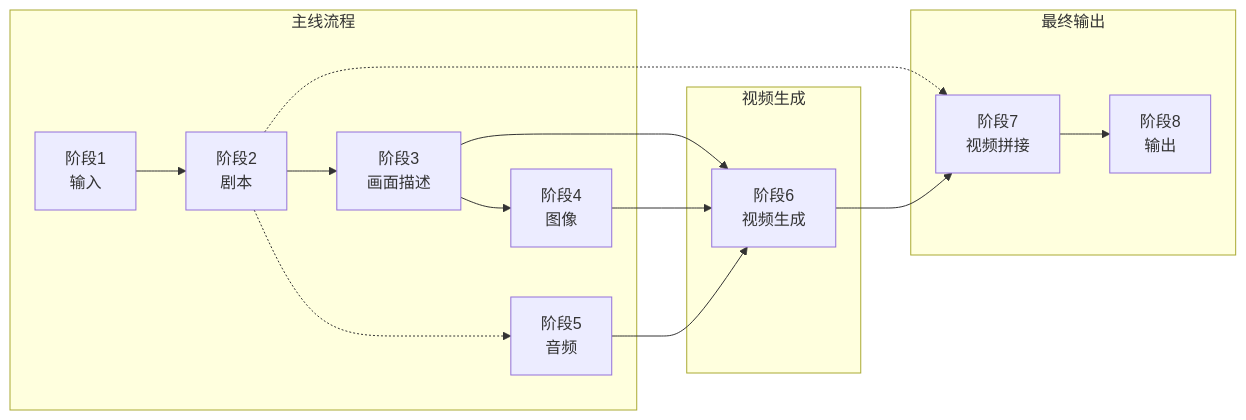
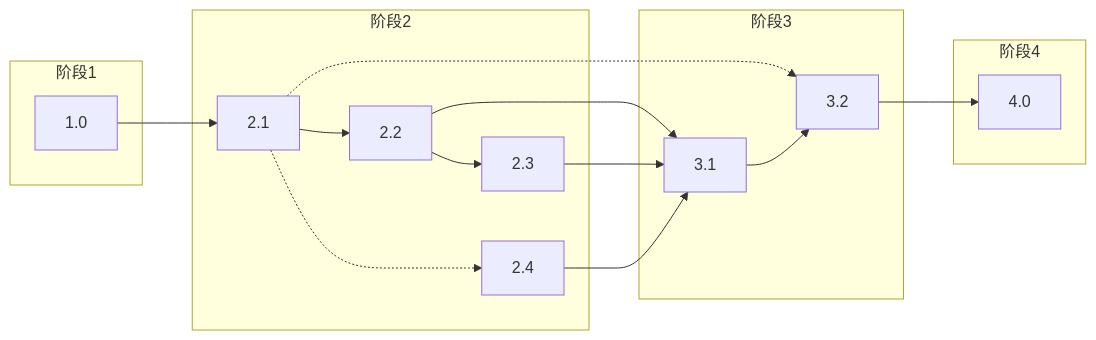
Before and after one commit to kiddyt00/FrameLeap: the second of 2 diagrams in docs/workflow_diagram.md, drawn with Mermaid. The commit also changed other lines of this file, not shown here.

First line of the commit message:
docs: 使用子阶段编号细化流程图

````diff
--- a/docs/workflow_diagram.md
+++ b/docs/workflow_diagram.md
@@ -292,21 +329,33 @@
 ```mermaid
 graph LR
-    subgraph Main["主线流程"]
-        S1[阶段1<br/>输入] --> S2[阶段2<br/>剧本]
-        S2 --> S3[阶段3<br/>画面描述]
-        S3 --> S4[阶段4<br/>图像]
-        S2 -.-> S5[阶段5<br/>音频]
+    subgraph S1["阶段1"]
+        S1_0[1.0]
     end
 
-    subgraph Video["视频生成"]
-        S3 --> S6[阶段6<br/>视频生成]
-        S4 --> S6
-        S5 --> S6
+    subgraph S2["阶段2"]
+        S2_1[2.1]
+        S2_2[2.2]
+        S2_3[2.3]
+        S2_4[2.4]
     end
 
-    subgraph Final["最终输出"]
-        S2 -.-> S7[阶段7<br/>视频拼接]
-        S6 --> S7
-        S7 --> S8[阶段8<br/>输出]
+    subgraph S3["阶段3"]
+        S3_1[3.1]
+        S3_2[3.2]
     end
+
+    subgraph S4["阶段4"]
+        S4_0[4.0]
+    end
+
+    S1_0 --> S2_1
+    S2_1 --> S2_2
+    S2_2 --> S2_3
+    S2_1 -.-> S2_4
+    S2_2 --> S3_1
+    S2_3 --> S3_1
+    S2_4 --> S3_1
+    S2_1 -.-> S3_2
+    S3_1 --> S3_2
+    S3_2 --> S4_0
 ```
````
